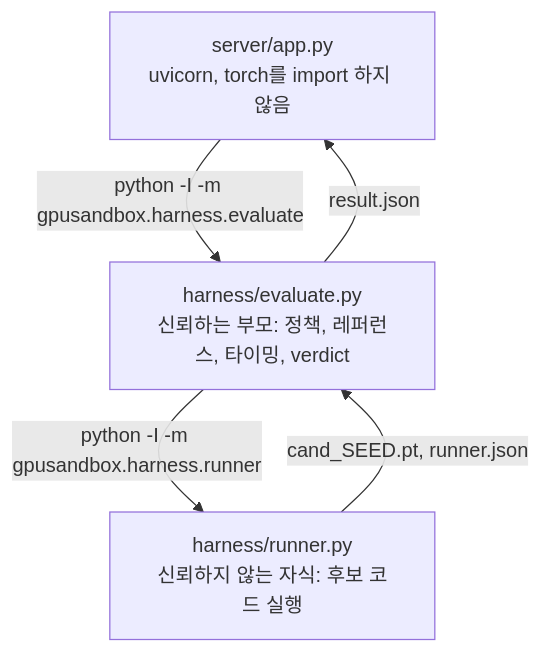
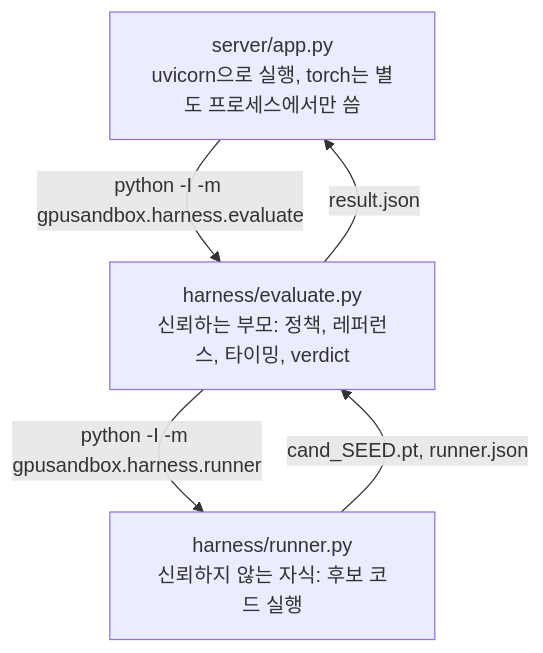
Before and after one commit to daekeun-ml/gpu-sandbox-on-aws: the second of 2 diagrams in docs/reference/repository_map.md, drawn with Mermaid. The commit also changed other lines of this file and 171 other files, not shown here.

````diff
--- a/docs/reference/repository_map.md
+++ b/docs/reference/repository_map.md
@@ -69,7 +68,7 @@
 ```mermaid
 flowchart TB
-    S["server/app.py<br/>uvicorn, torch를 import 하지 않음"] -->|"python -I -m gpusandbox.harness.evaluate"| E["harness/evaluate.py<br/>신뢰하는 부모: 정책, 레퍼런스, 타이밍, verdict"]
+    S["server/app.py<br/>uvicorn으로 실행, torch는 별도 프로세스에서만 씀"] -->|"python -I -m gpusandbox.harness.evaluate"| E["harness/evaluate.py<br/>신뢰하는 부모: 정책, 레퍼런스, 타이밍, verdict"]
     E -->|"python -I -m gpusandbox.harness.runner"| R["harness/runner.py<br/>신뢰하지 않는 자식: 후보 코드 실행"]
     R -->|"cand_SEED.pt, runner.json"| E
     E -->|"result.json"| S
 ```
````
